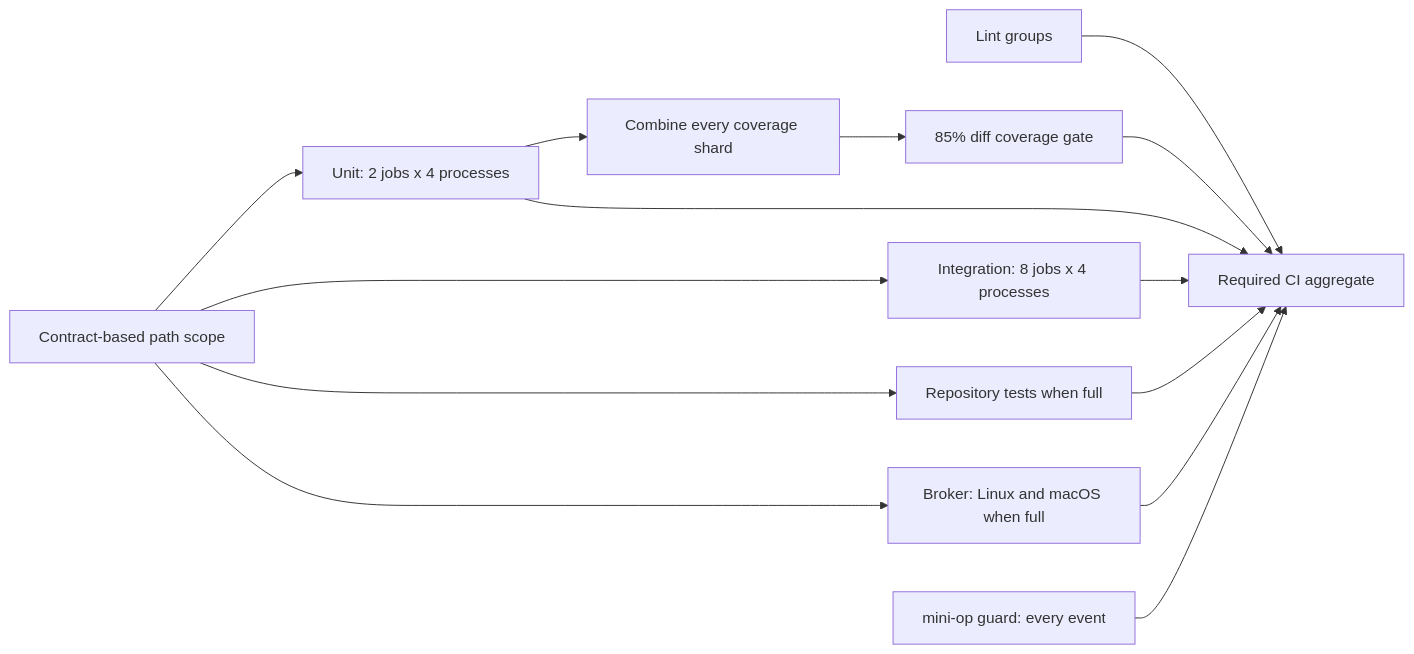
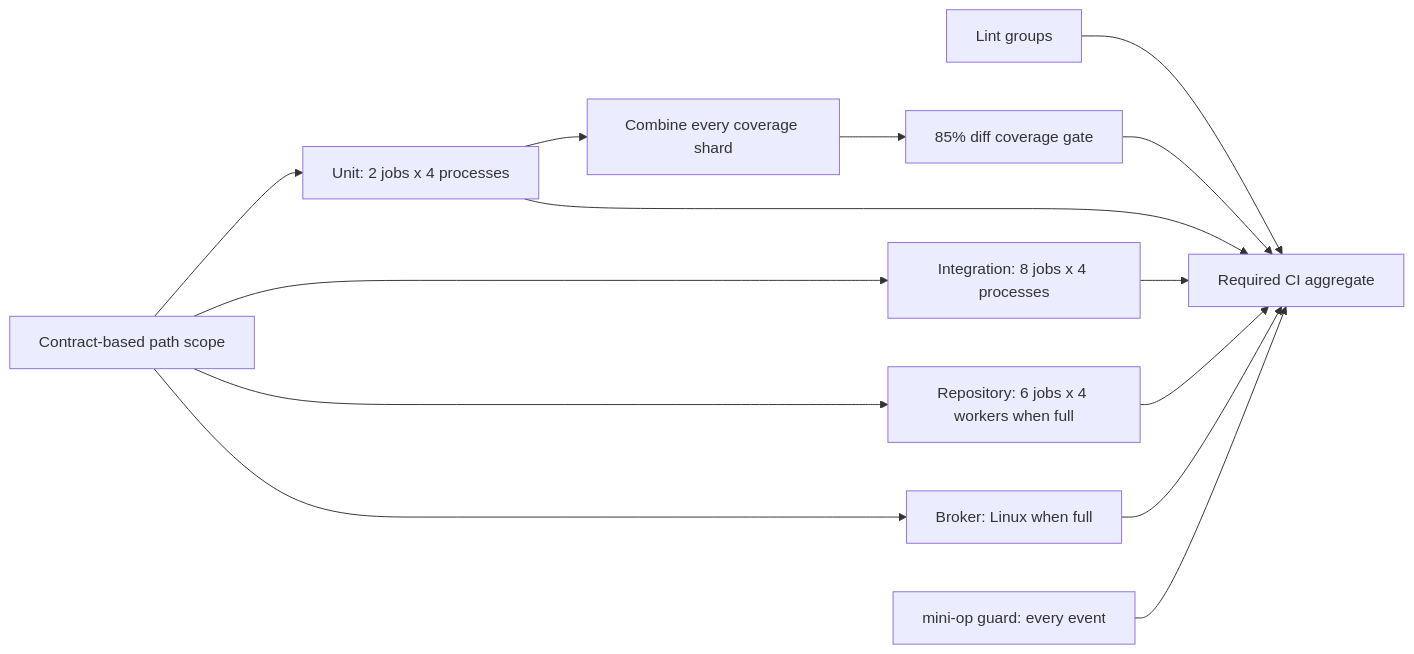
The diagram in docs/tests.md (windroc-labs/ensemble), drawn with Mermaid before and after one commit. The commit also changed other lines of this file and 204 other files, not shown here.

````diff
--- a/docs/tests.md
+++ b/docs/tests.md
@@ -127,16 +143,16 @@
 ```mermaid
 flowchart LR
     S[Contract-based path scope] --> U
     S --> I
-    S --> R[Repository tests when full]
+    S --> R[Repository: 6 jobs x 4 workers when full]
     S --> B
     L[Lint groups] --> CI[Required CI aggregate]
     U[Unit: 2 jobs x 4 processes] --> C[Combine every coverage shard]
     C --> G[85% diff coverage gate]
     G --> CI
     U --> CI
     I[Integration: 8 jobs x 4 processes] --> CI
     R --> CI
-    B[Broker: Linux and macOS when full] --> CI
+    B[Broker: Linux when full] --> CI
     M[mini-op guard: every event] --> CI
 ```
````
